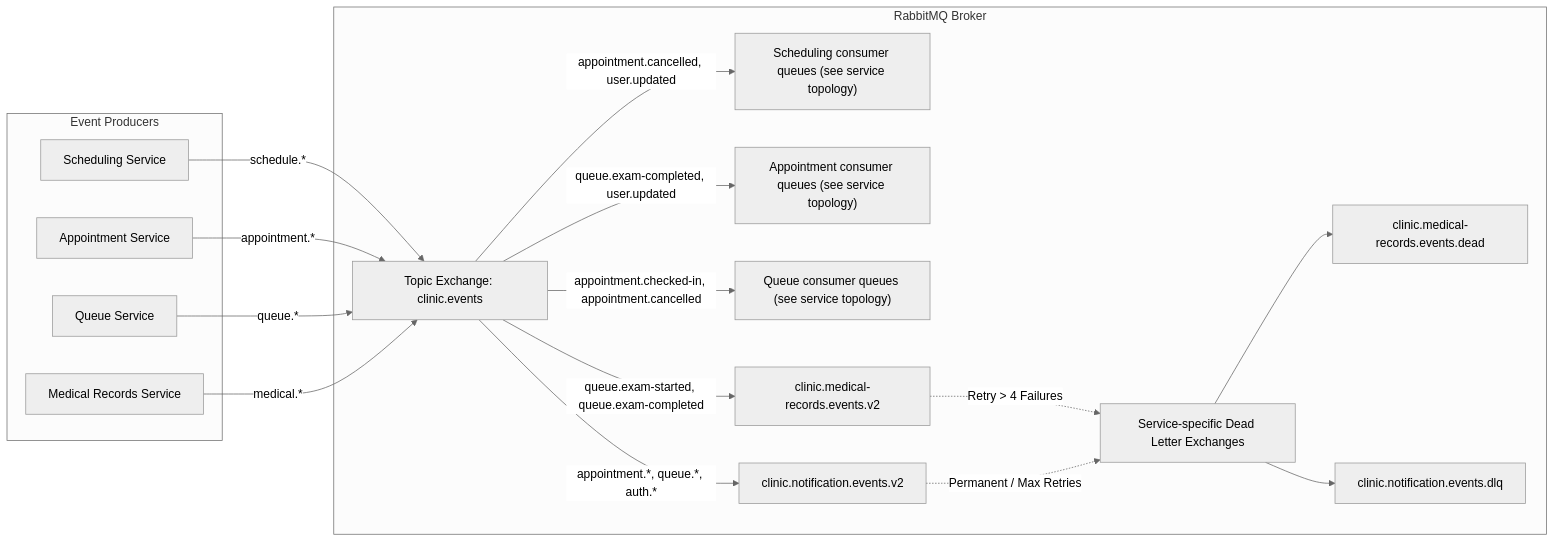
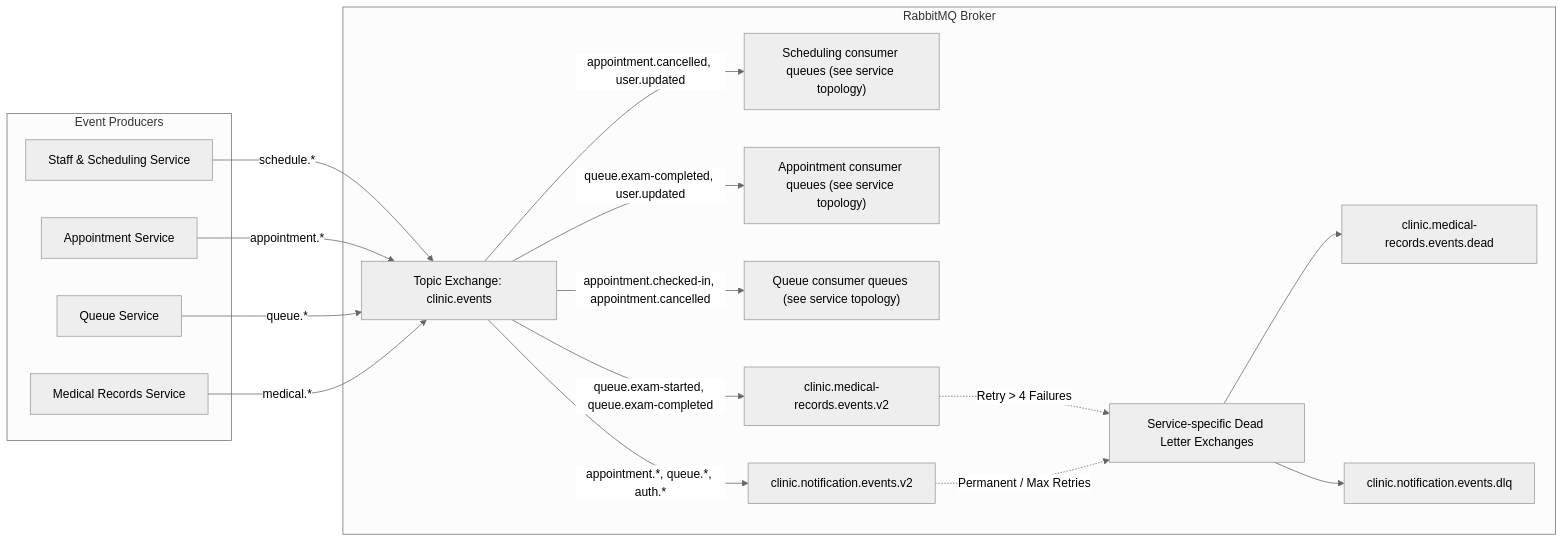
One commit to Cuong190105/Clinic_Appointment_Booking_Queue_Management_System changed the first of 2 diagrams in tasks/PHASE_0_INFRASTRUCTURE_AND_BASELINE_EXECUTION_PLAN_MEMBER_B.md. Above: the diagram before and after it, drawn with Mermaid (neutral theme). The commit also changed 312 other files, not shown here.

````diff
--- a/tasks/PHASE_0_INFRASTRUCTURE_AND_BASELINE_EXECUTION_PLAN_MEMBER_B.md
+++ b/tasks/PHASE_0_INFRASTRUCTURE_AND_BASELINE_EXECUTION_PLAN_MEMBER_B.md
@@ -31,39 +31,39 @@
 ```mermaid
 flowchart LR
     subgraph Producers ["Event Producers"]
-        P1["Scheduling Service"]
+        P1["Staff & Scheduling Service"]
         P2["Appointment Service"]
         P3["Queue Service"]
         P4["Medical Records Service"]
     end
 
     subgraph Broker ["RabbitMQ Broker"]
         EX["Topic Exchange: clinic.events"]
         DLX["Service-specific Dead Letter Exchanges"]
 
         Q_Sched["Scheduling consumer queues (see service topology)"]
         Q_Appt["Appointment consumer queues (see service topology)"]
         Q_Queue["Queue consumer queues (see service topology)"]
         Q_Med["clinic.medical-records.events.v2"]
         Q_Notif["clinic.notification.events.v2"]
 
         DLQ_Med["clinic.medical-records.events.dead"]
         DLQ_Notif["clinic.notification.events.dlq"]
     end
 
     P1 -->|schedule.*| EX
     P2 -->|appointment.*| EX
     P3 -->|queue.*| EX
     P4 -->|medical.*| EX
 
     EX -->|appointment.cancelled, user.updated| Q_Sched
     EX -->|queue.exam-completed, user.updated| Q_Appt
     EX -->|appointment.checked-in, appointment.cancelled| Q_Queue
     EX -->|queue.exam-started, queue.exam-completed| Q_Med
     EX -->|appointment.*, queue.*, auth.*| Q_Notif
 
     Q_Med -.->|Retry > 4 Failures| DLX
     Q_Notif -.->|Permanent / Max Retries| DLX
     DLX --> DLQ_Med
     DLX --> DLQ_Notif
 ```
````
